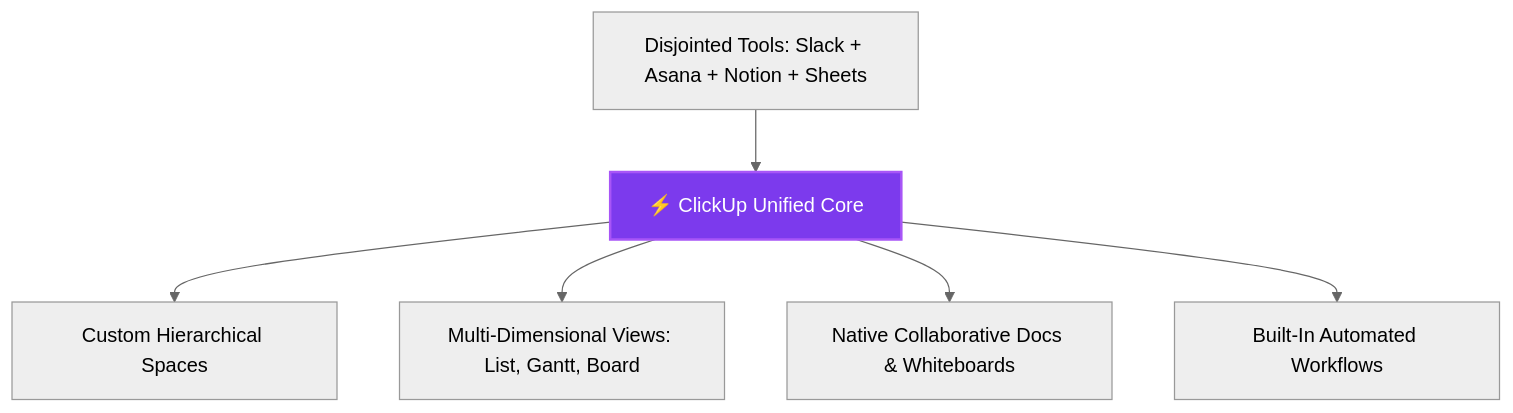
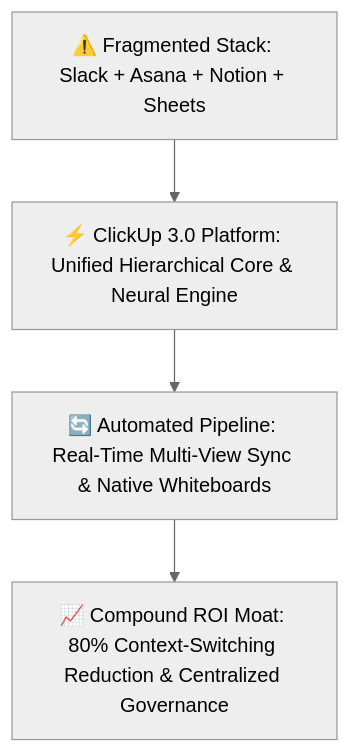
Before and after one commit to heliatech-media/saas-radar: the diagram in site/src/content/blog/clickup-evolution-guide-2026.md, drawn with Mermaid (neutral theme). The commit also changed 9 other files, not shown here.

Commit message:
feat(architecture): enforce universal executive architecture card standard across 100% of site diagrams

````diff
--- a/site/src/content/blog/clickup-evolution-guide-2026.md
+++ b/site/src/content/blog/clickup-evolution-guide-2026.md
@@ -49,9 +49,6 @@
 ```mermaid
 flowchart TD
-    A["Disjointed Tools: Slack + Asana + Notion + Sheets"] --> B["⚡ ClickUp Unified Core"]
-    B --> C["Custom Hierarchical Spaces"]
-    B --> D["Multi-Dimensional Views: List, Gantt, Board"]
-    B --> E["Native Collaborative Docs & Whiteboards"]
-    B --> F["Built-In Automated Workflows"]
-    style B fill:#7c3aed,stroke:#a855f7,stroke-width:2px,color:#ffffff
+    Inp["⚠️ Fragmented Stack: Slack + Asana + Notion + Sheets"] --> Eng["⚡ ClickUp 3.0 Platform: Unified Hierarchical Core & Neural Engine"]
+    Eng --> Pipe["🔄 Automated Pipeline: Real-Time Multi-View Sync & Native Whiteboards"]
+    Pipe --> Moat["📈 Compound ROI Moat: 80% Context-Switching Reduction & Centralized Governance"]
 ```
````
